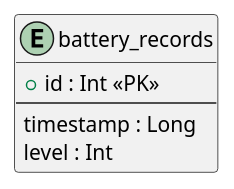
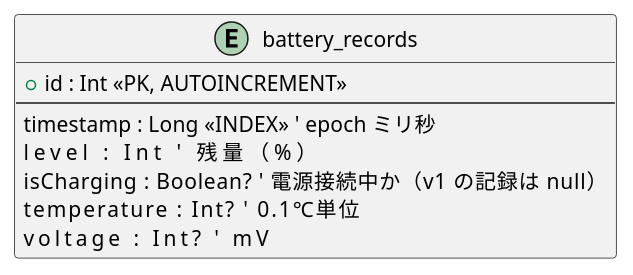
Before and after one commit to kmr-gks/Battery-Graph: the diagram in docs/er.puml, drawn with PlantUML. The commit also changed 2 other files, not shown here.

```diff
--- a/docs/er.puml
+++ b/docs/er.puml
@@ -1,10 +1,14 @@
 @startuml
 
+' DB version 2（app/schemas/ のスキーマ JSON と対応）
 entity "battery_records" as battery_records {
-  + id : Int <<PK>>
+  + id : Int <<PK, AUTOINCREMENT>>
   --
-  timestamp : Long
-  level : Int
+  timestamp : Long <<INDEX>>  ' epoch ミリ秒
+  level : Int                 ' 残量（%）
+  isCharging : Boolean?       ' 電源接続中か（v1 の記録は null）
+  temperature : Int?          ' 0.1℃単位
+  voltage : Int?              ' mV
 }
 
 @enduml
```
